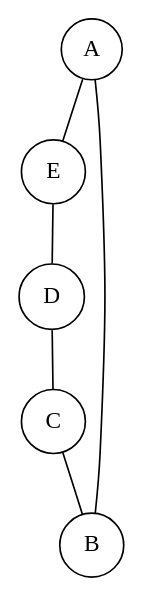
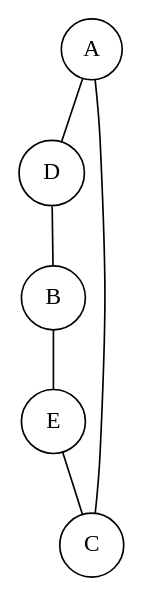
One commit to jdymacek/graph-theory-notes changed the diagram in Chapter2/c5comp.dot. Above: the diagram before and after it, drawn with Graphviz. The commit also changed 12 other files, not shown here.

```diff
--- a/Chapter2/c5comp.dot
+++ b/Chapter2/c5comp.dot
@@ -1,9 +1,10 @@
 graph {
     node[width=0.15,shape=circle]
     A [pos="0,0!"]; 
-    B [pos="3,1!"];
-    C [pos="4,-1!"]; 
-    D [pos="3,-3!"];
+    B [pos="2,0.7!"];
+    C [pos="3.2,-1!"]; 
+    D [pos="2,-2.7!"];
     E [pos="0,-2!"];
-    A -- E -- D -- C -- B -- A;
+    #A -- E -- D -- C -- B -- A;
+    A -- D -- B -- E -- C -- A;
 }
```
